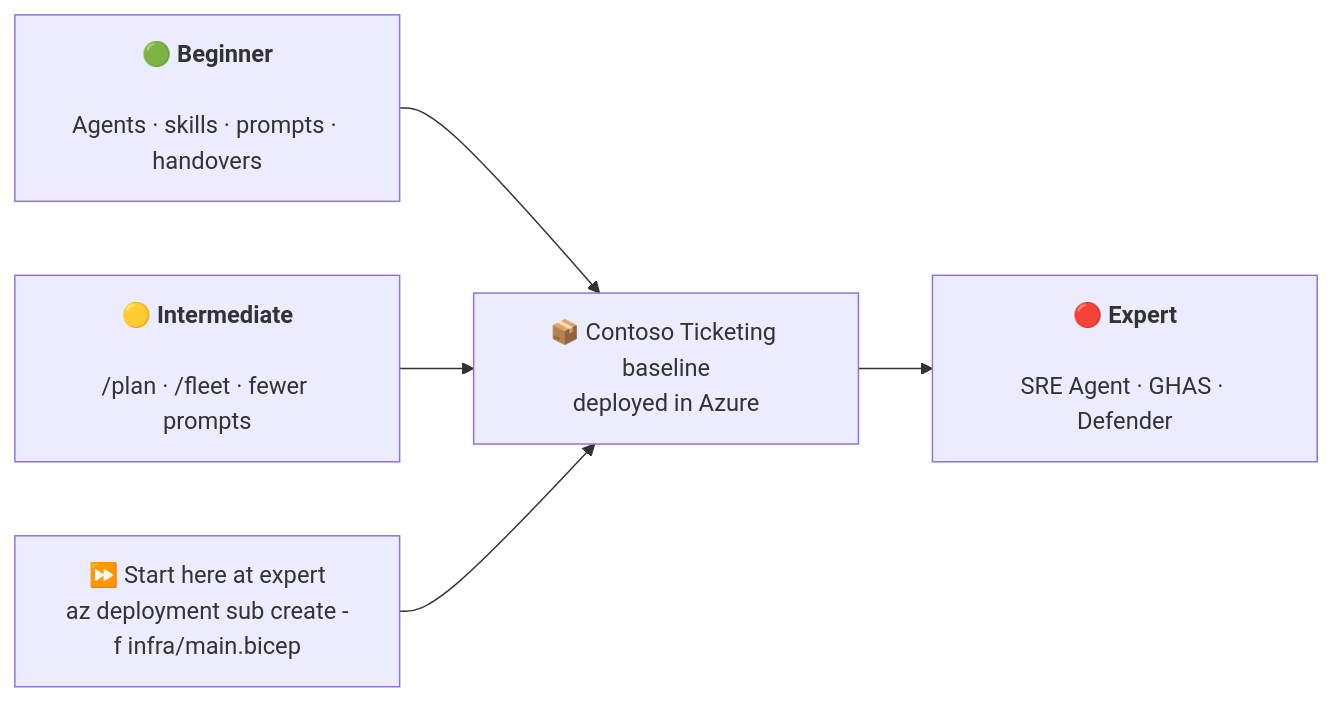
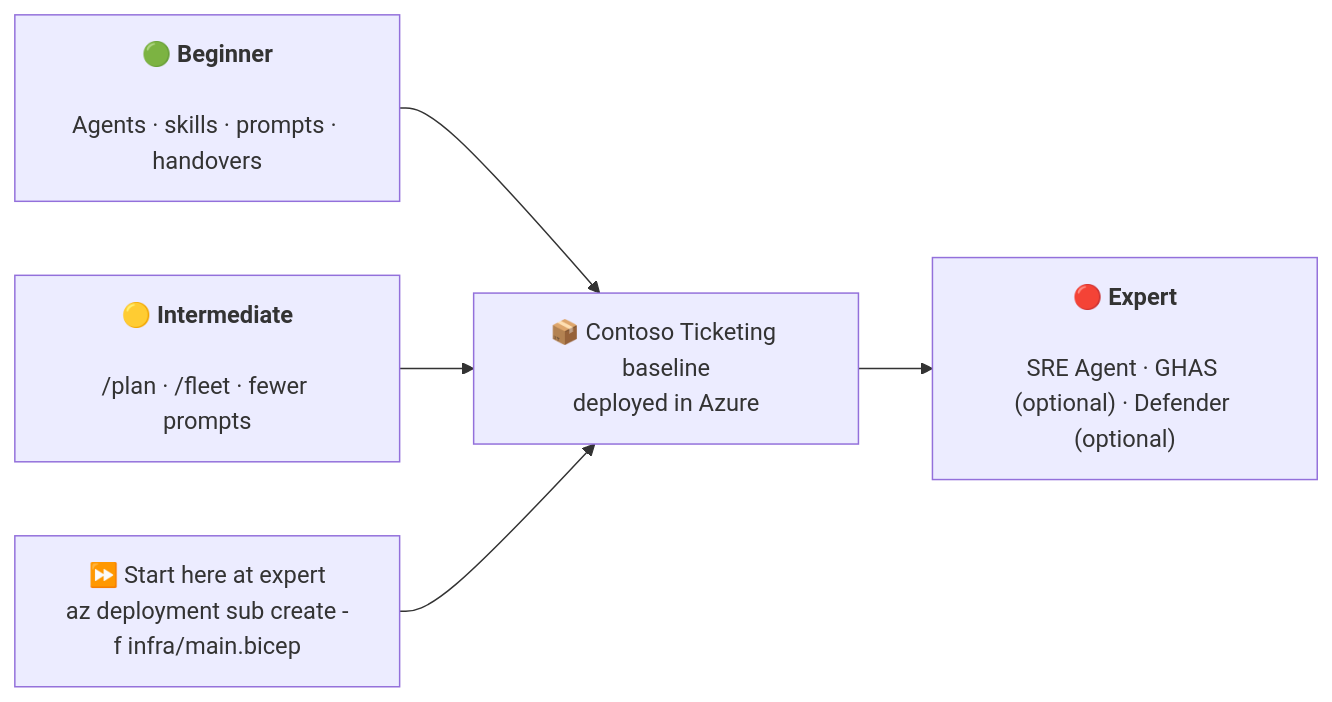
One commit to donk-msft/AgenticEngineering-Hackathon-Infrastructure changed the first of 2 diagrams in README.md. Above: the diagram before and after it, drawn with Mermaid. The commit also changed other lines of this file and 18 other files, not shown here.

Commit message:
Add explicit prerequisites, expert lab example outputs, mark GHAS/Defender optional

````diff
--- a/README.md
+++ b/README.md
@@ -20,8 +20,8 @@
 ```mermaid
 flowchart LR
     B["🟢 <b>Beginner</b><br/><br/>Agents · skills · prompts · handovers"] --> W
     I["🟡 <b>Intermediate</b><br/><br/>/plan · /fleet · fewer prompts"] --> W
     W["📦 Contoso Ticketing baseline<br/>deployed in Azure"] --> E
-    E["🔴 <b>Expert</b><br/><br/>SRE Agent · GHAS · Defender"]
+    E["🔴 <b>Expert</b><br/><br/>SRE Agent · GHAS (optional) · Defender (optional)"]
     R["⏩ Start here at expert<br/>az deployment sub create -f infra/main.bicep"] --> W
 ```
````
